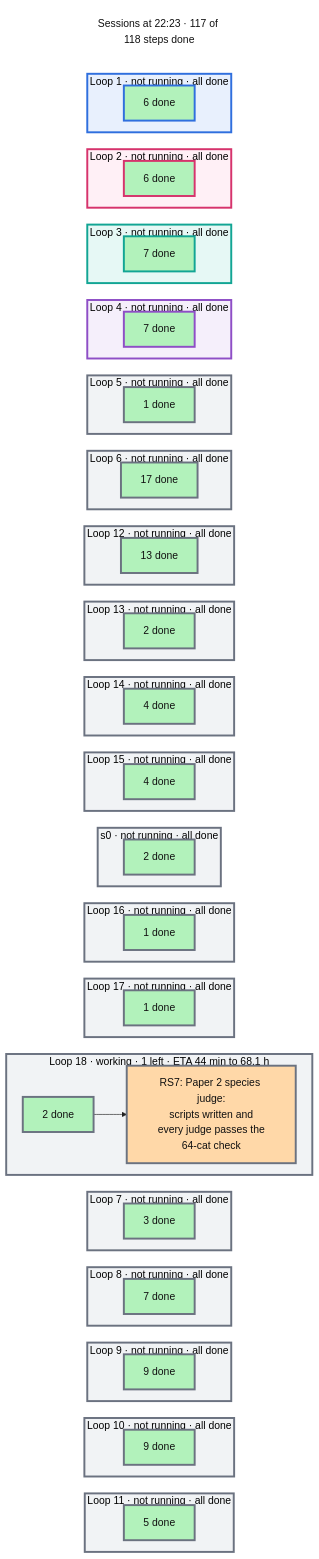
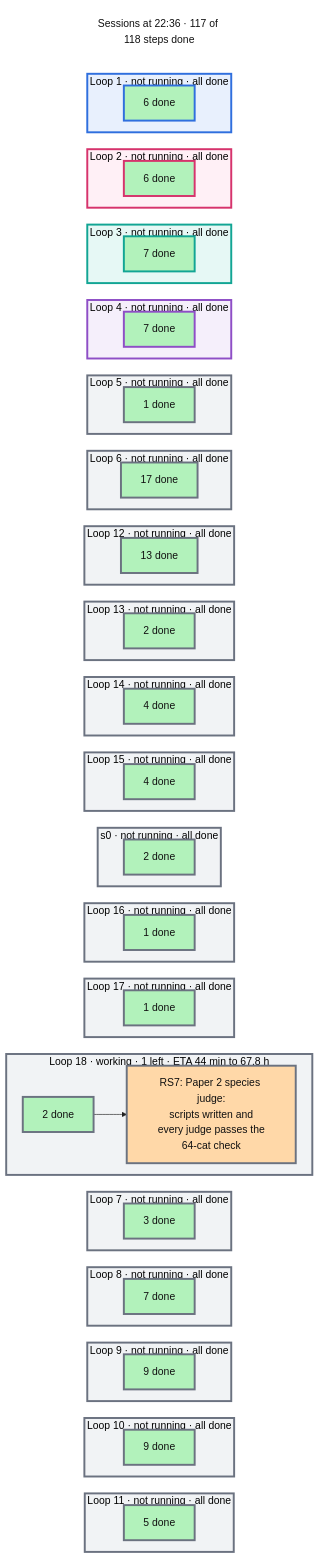
Before and after one commit to mo-rsa24/concept-composition: the diagram in artifacts/notes/progress/sessions.mmd, drawn with Mermaid. The commit also changed 12 other files, not shown here.

```diff
--- a/artifacts/notes/progress/sessions.mmd
+++ b/artifacts/notes/progress/sessions.mmd
@@ -1,124 +1,124 @@
 %%{init: {'theme': 'base', 'themeVariables': {'fontFamily': 'monospace', 'primaryColor': '#ffffff', 'primaryBorderColor': '#222222', 'primaryTextColor': '#111111', 'lineColor': '#222222'}, 'flowchart': {'nodeSpacing': 16, 'rankSpacing': 26}}}%%
 flowchart TB
   classDef done fill:#b2f2bb,color:#111111
   classDef doing fill:#ffd8a8,color:#111111
   classDef todo fill:#e9ecef,color:#111111
   classDef note fill:#ffffff,stroke:#c92a2a,stroke-dasharray:5 5,color:#c92a2a
-  now["Sessions at 22:23 · 117 of 118 steps done"]
+  now["Sessions at 22:36 · 117 of 118 steps done"]
   style now fill:#ffffff,stroke:#ffffff,color:#111111
   subgraph L0["Loop 1 · not running · all done"]
     direction LR
     d0["6 done"]:::done
   end
   subgraph L1["Loop 2 · not running · all done"]
     direction LR
     d1["6 done"]:::done
   end
   subgraph L2["Loop 3 · not running · all done"]
     direction LR
     d2["7 done"]:::done
   end
   subgraph L3["Loop 4 · not running · all done"]
     direction LR
     d3["7 done"]:::done
   end
   subgraph L4["Loop 5 · not running · all done"]
     direction LR
     d4["1 done"]:::done
   end
   subgraph L5["Loop 6 · not running · all done"]
     direction LR
     d5["17 done"]:::done
   end
   subgraph L6["Loop 12 · not running · all done"]
     direction LR
     d6["13 done"]:::done
   end
   subgraph L7["Loop 13 · not running · all done"]
     direction LR
     d7["2 done"]:::done
   end
   subgraph L8["Loop 14 · not running · all done"]
     direction LR
     d8["4 done"]:::done
   end
   subgraph L9["Loop 15 · not running · all done"]
     direction LR
     d9["4 done"]:::done
   end
   subgraph L10["s0 · not running · all done"]
     direction LR
     d10["2 done"]:::done
   end
   subgraph L11["Loop 16 · not running · all done"]
     direction LR
     d11["1 done"]:::done
   end
   subgraph L12["Loop 17 · not running · all done"]
     direction LR
     d12["1 done"]:::done
   end
-  subgraph L13["Loop 18 · working · 1 left · ETA 44 min to 68.1 h"]
+  subgraph L13["Loop 18 · working · 1 left · ETA 44 min to 67.8 h"]
     direction LR
     d13["2 done"]:::done --> n_RS7["RS7: Paper 2 species judge:<br/>scripts written and<br/>every judge passes the<br/>64-cat check"]:::doing
   end
   subgraph L14["Loop 7 · not running · all done"]
     direction LR
     d14["3 done"]:::done
   end
   subgraph L15["Loop 8 · not running · all done"]
     direction LR
     d15["7 done"]:::done
   end
   subgraph L16["Loop 9 · not running · all done"]
     direction LR
     d16["9 done"]:::done
   end
   subgraph L17["Loop 10 · not running · all done"]
     direction LR
     d17["9 done"]:::done
   end
   subgraph L18["Loop 11 · not running · all done"]
     direction LR
     d18["5 done"]:::done
   end
   now ~~~ L0 ~~~ L1 ~~~ L2 ~~~ L3 ~~~ L4 ~~~ L5 ~~~ L6 ~~~ L7 ~~~ L8 ~~~ L9 ~~~ L10 ~~~ L11 ~~~ L12 ~~~ L13 ~~~ L14 ~~~ L15 ~~~ L16 ~~~ L17 ~~~ L18
   style L0 fill:#e8f0fd,stroke:#2f6fde,stroke-width:3px
   style d0 stroke:#2f6fde,stroke-width:3px
   style L1 fill:#fff0f6,stroke:#d6336c,stroke-width:3px
   style d1 stroke:#d6336c,stroke-width:3px
   style L2 fill:#e6f8f5,stroke:#12a594,stroke-width:3px
   style d2 stroke:#12a594,stroke-width:3px
   style L3 fill:#f5effb,stroke:#8e4ec6,stroke-width:3px
   style d3 stroke:#8e4ec6,stroke-width:3px
   style L4 fill:#f1f3f5,stroke:#6b7280,stroke-width:3px
   style d4 stroke:#6b7280,stroke-width:3px
   style L5 fill:#f1f3f5,stroke:#6b7280,stroke-width:3px
   style d5 stroke:#6b7280,stroke-width:3px
   style L6 fill:#f1f3f5,stroke:#6b7280,stroke-width:3px
   style d6 stroke:#6b7280,stroke-width:3px
   style L7 fill:#f1f3f5,stroke:#6b7280,stroke-width:3px
   style d7 stroke:#6b7280,stroke-width:3px
   style L8 fill:#f1f3f5,stroke:#6b7280,stroke-width:3px
   style d8 stroke:#6b7280,stroke-width:3px
   style L9 fill:#f1f3f5,stroke:#6b7280,stroke-width:3px
   style d9 stroke:#6b7280,stroke-width:3px
   style L10 fill:#f1f3f5,stroke:#6b7280,stroke-width:3px
   style d10 stroke:#6b7280,stroke-width:3px
   style L11 fill:#f1f3f5,stroke:#6b7280,stroke-width:3px
   style d11 stroke:#6b7280,stroke-width:3px
   style L12 fill:#f1f3f5,stroke:#6b7280,stroke-width:3px
   style d12 stroke:#6b7280,stroke-width:3px
   style L13 fill:#f1f3f5,stroke:#6b7280,stroke-width:3px
   style d13 stroke:#6b7280,stroke-width:3px
   style n_RS7 stroke:#6b7280,stroke-width:3px
   style L14 fill:#f1f3f5,stroke:#6b7280,stroke-width:3px
   style d14 stroke:#6b7280,stroke-width:3px
   style L15 fill:#f1f3f5,stroke:#6b7280,stroke-width:3px
   style d15 stroke:#6b7280,stroke-width:3px
   style L16 fill:#f1f3f5,stroke:#6b7280,stroke-width:3px
   style d16 stroke:#6b7280,stroke-width:3px
   style L17 fill:#f1f3f5,stroke:#6b7280,stroke-width:3px
   style d17 stroke:#6b7280,stroke-width:3px
   style L18 fill:#f1f3f5,stroke:#6b7280,stroke-width:3px
   style d18 stroke:#6b7280,stroke-width:3px
```
